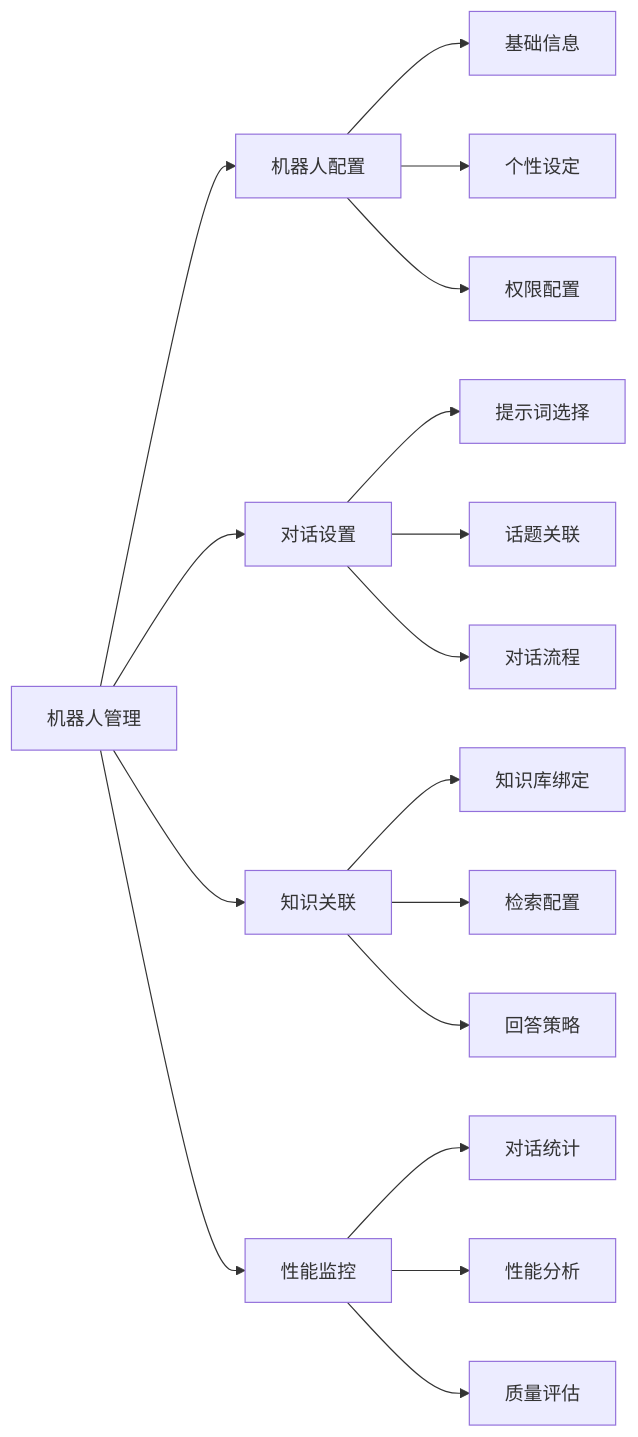
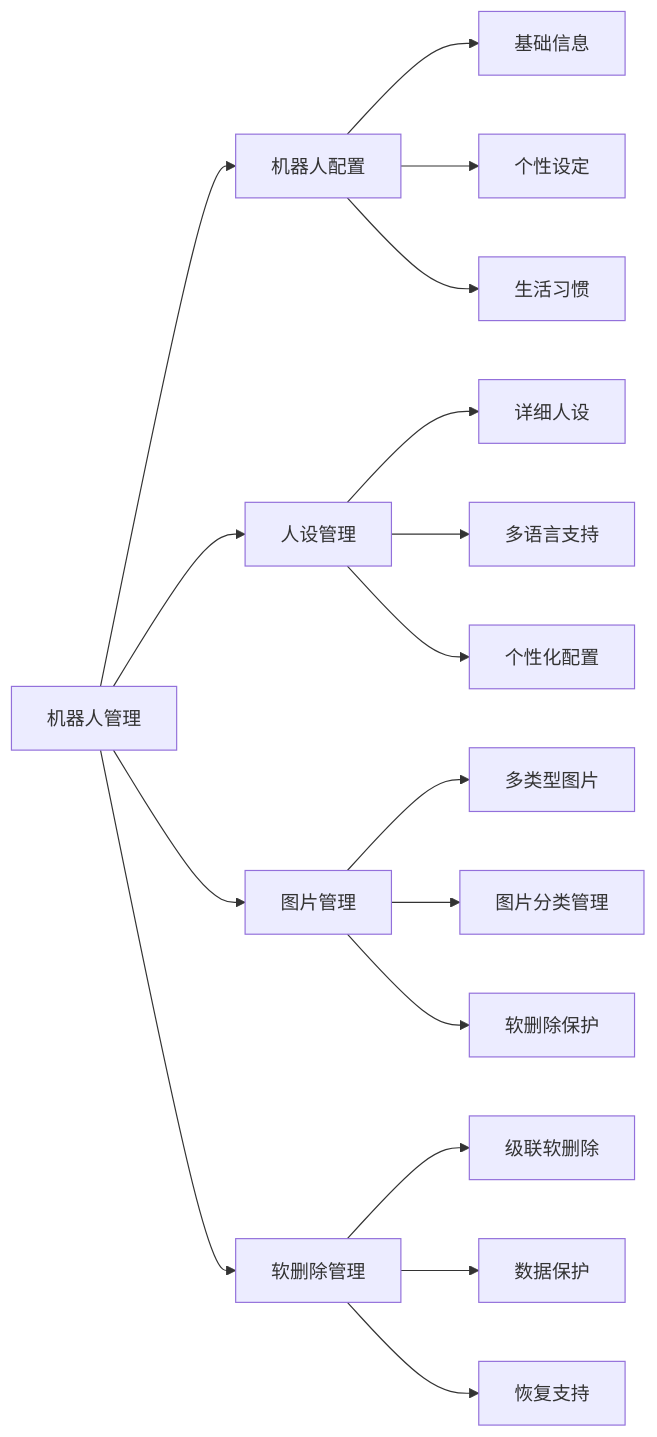
The sixth of 11 diagrams in @Docs/FeatureMap.md (tsz-yiu-wong/chat-bot-panel), drawn with Mermaid before and after one commit. The commit also changed other lines of this file and 30 other files, not shown here.

````diff
--- a/@Docs/FeatureMap.md
+++ b/@Docs/FeatureMap.md
@@ -235,23 +236,23 @@
 ```mermaid
 graph LR
     A[机器人管理] --> B[机器人配置]
-    A --> C[对话设置]
-    A --> D[知识关联]
-    A --> E[性能监控]
+    A --> C[人设管理]
+    A --> D[图片管理]
+    A --> E[软删除管理]
     
     B --> B1[基础信息]
     B --> B2[个性设定]
-    B --> B3[权限配置]
+    B --> B3[生活习惯]
     
-    C --> C1[提示词选择]
-    C --> C2[话题关联]
-    C --> C3[对话流程]
+    C --> C1[详细人设]
+    C --> C2[多语言支持]
+    C --> C3[个性化配置]
     
-    D --> D1[知识库绑定]
-    D --> D2[检索配置]
-    D --> D3[回答策略]
+    D --> D1[多类型图片]
+    D --> D2[图片分类管理]
+    D --> D3[软删除保护]
     
-    E --> E1[对话统计]
-    E --> E2[性能分析]
-    E --> E3[质量评估]
+    E --> E1[级联软删除]
+    E --> E2[数据保护]
+    E --> E3[恢复支持]
 ```
````
